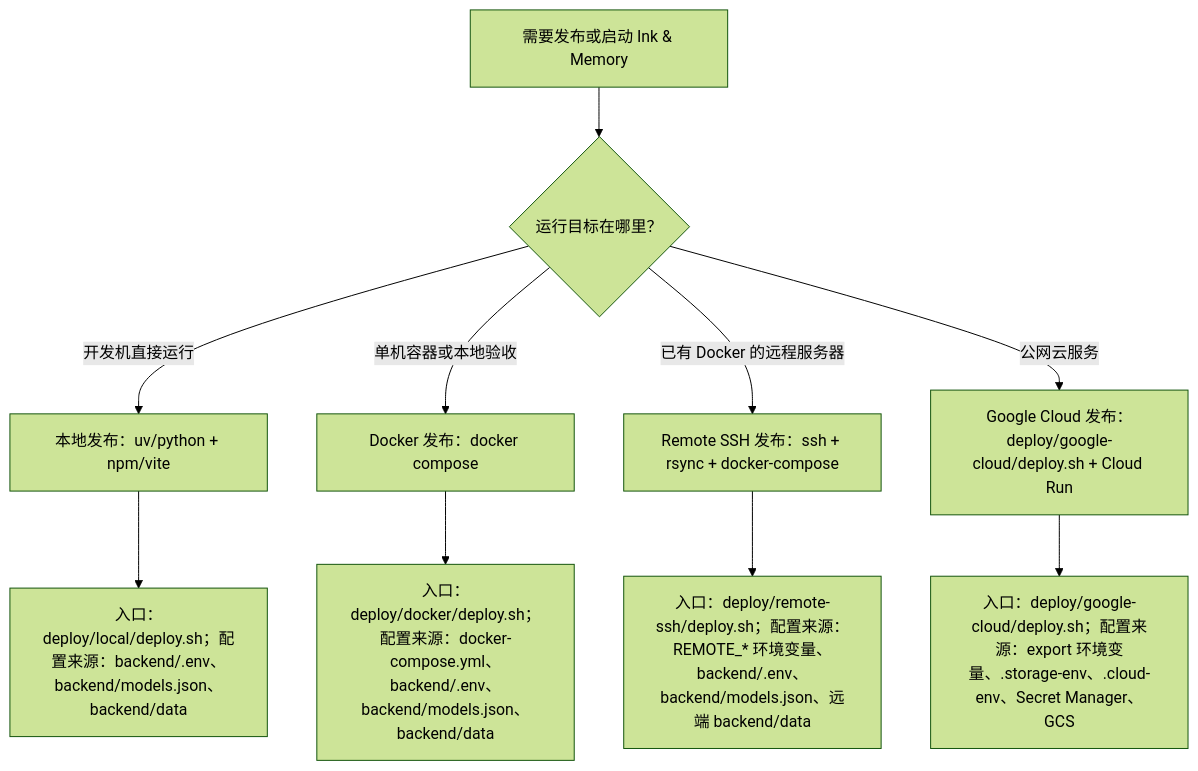
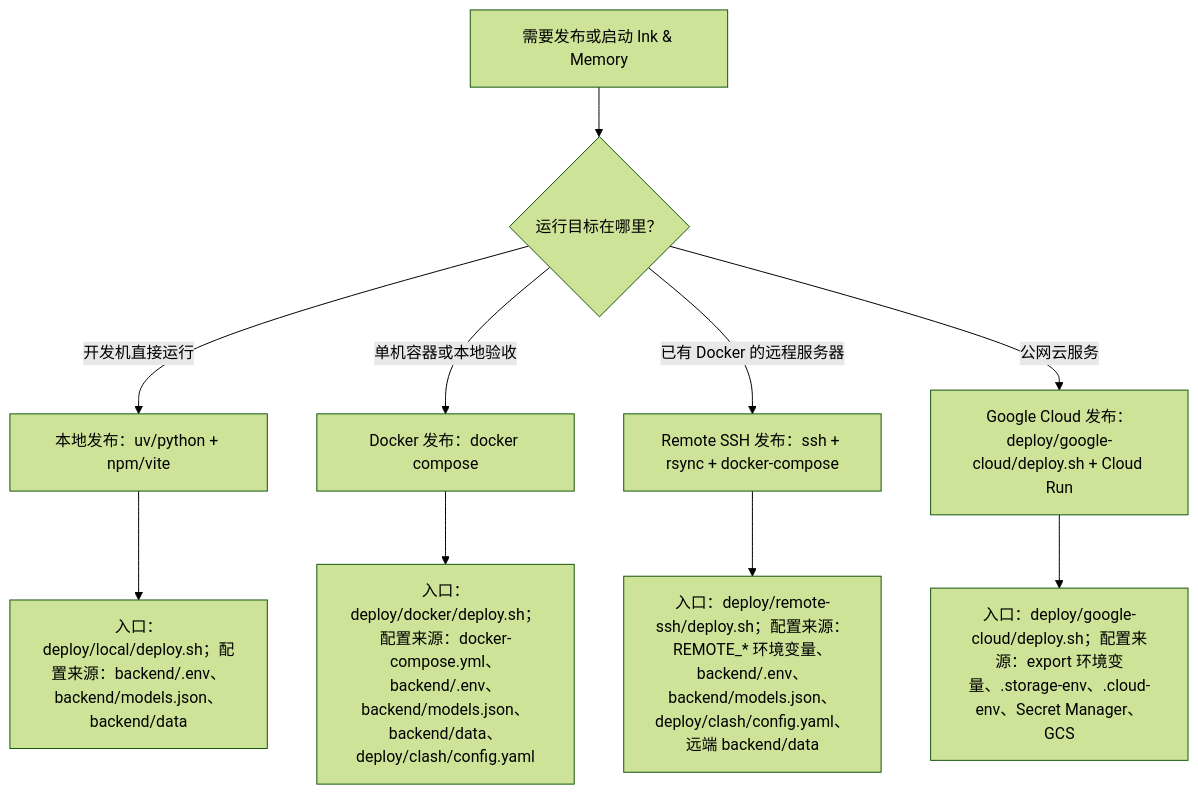
The diagram in docs/deploy/README.md (glide-the/im-dream), drawn with Mermaid (forest theme) before and after one commit. The commit also changed other lines of this file and 17 other files, not shown here.

First line of the commit message:
feat: add Mihomo TUN proxy support for Docker and Remote SSH deployments

````diff
--- a/docs/deploy/README.md
+++ b/docs/deploy/README.md
@@ -43,12 +43,12 @@
 ```mermaid
 flowchart TD
   A["需要发布或启动 Ink & Memory"] --> B{"运行目标在哪里？"}
   B -->|"开发机直接运行"| C["本地发布：uv/python + npm/vite"]
   B -->|"单机容器或本地验收"| D["Docker 发布：docker compose"]
   B -->|"已有 Docker 的远程服务器"| R["Remote SSH 发布：ssh + rsync + docker-compose"]
   B -->|"公网云服务"| E["Google Cloud 发布：deploy/google-cloud/deploy.sh + Cloud Run"]
   C --> F["入口：deploy/local/deploy.sh；配置来源：backend/.env、backend/models.json、backend/data"]
-  D --> G["入口：deploy/docker/deploy.sh；配置来源：docker-compose.yml、backend/.env、backend/models.json、backend/data"]
-  R --> I["入口：deploy/remote-ssh/deploy.sh；配置来源：REMOTE_* 环境变量、backend/.env、backend/models.json、远端 backend/data"]
+  D --> G["入口：deploy/docker/deploy.sh；配置来源：docker-compose.yml、backend/.env、backend/models.json、backend/data、deploy/clash/config.yaml"]
+  R --> I["入口：deploy/remote-ssh/deploy.sh；配置来源：REMOTE_* 环境变量、backend/.env、backend/models.json、deploy/clash/config.yaml、远端 backend/data"]
   E --> H["入口：deploy/google-cloud/deploy.sh；配置来源：export 环境变量、.storage-env、.cloud-env、Secret Manager、GCS"]
 ```
````
